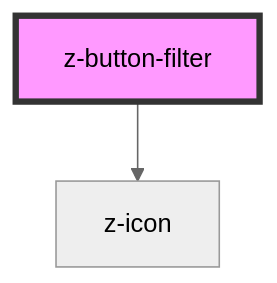
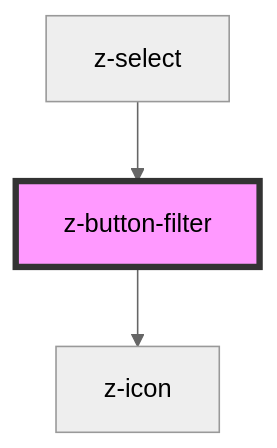
One commit to ZanichelliEditore/design-system changed the diagram in src/components/buttons/z-button-filter/readme.md. Above: the diagram before and after it, drawn with Mermaid (neutral theme). The commit also changed other lines of this file and 11 other files, not shown here.

````diff
--- a/src/components/buttons/z-button-filter/readme.md
+++ b/src/components/buttons/z-button-filter/readme.md
@@ -38,5 +43,6 @@
 ```mermaid
 graph TD;
   z-button-filter --> z-icon
+  z-select --> z-button-filter
   style z-button-filter fill:#f9f,stroke:#333,stroke-width:4px
 ```
````
